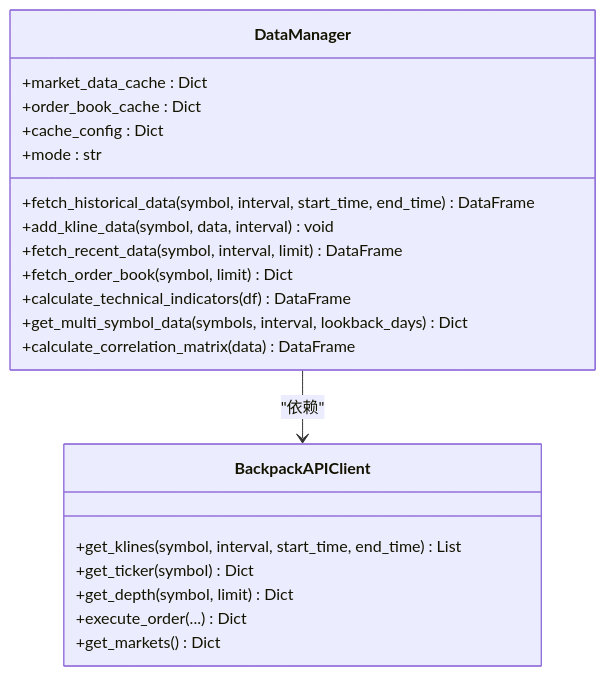
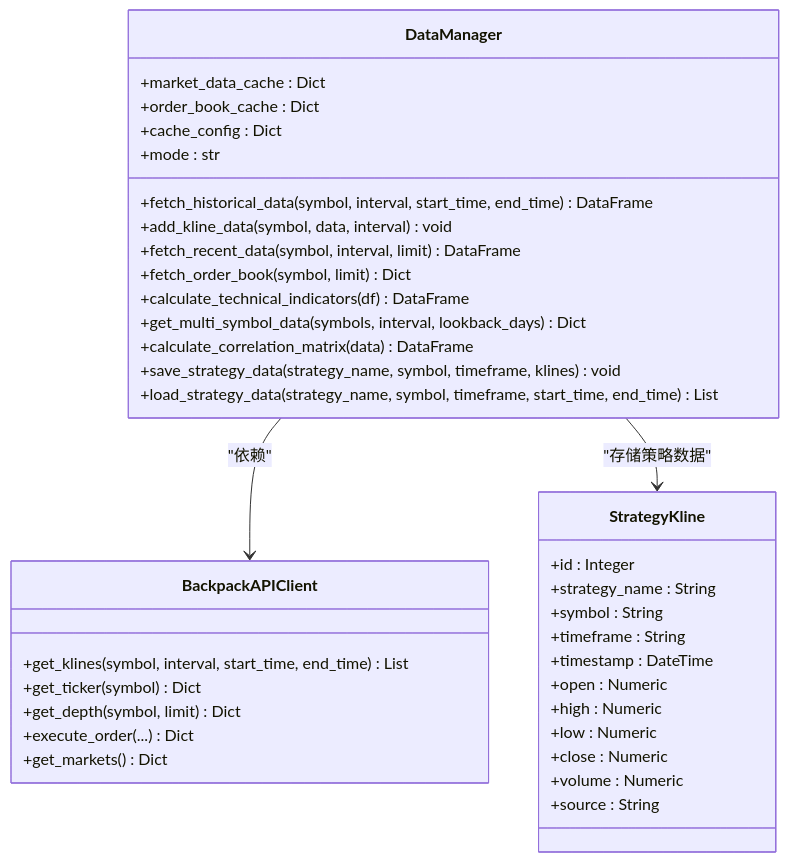
The third of 9 diagrams in .qoder/repowiki/zh/content/核心模块详解/数据管理模块/数据管理模块.md (zyf266/ending), drawn with Mermaid before and after one commit. The commit also changed other lines of this file and 60 other files, not shown here.

````diff
--- a/.qoder/repowiki/zh/content/核心模块详解/数据管理模块/数据管理模块.md
+++ b/.qoder/repowiki/zh/content/核心模块详解/数据管理模块/数据管理模块.md
@@ -166,24 +201,40 @@
 ```mermaid
 classDiagram
 class DataManager {
 +market_data_cache : Dict
 +order_book_cache : Dict
 +cache_config : Dict
 +mode : str
 +fetch_historical_data(symbol, interval, start_time, end_time) DataFrame
 +add_kline_data(symbol, data, interval) void
 +fetch_recent_data(symbol, interval, limit) DataFrame
 +fetch_order_book(symbol, limit) Dict
 +calculate_technical_indicators(df) DataFrame
 +get_multi_symbol_data(symbols, interval, lookback_days) Dict
 +calculate_correlation_matrix(data) DataFrame
++save_strategy_data(strategy_name, symbol, timeframe, klines) void
++load_strategy_data(strategy_name, symbol, timeframe, start_time, end_time) List
 }
 class BackpackAPIClient {
 +get_klines(symbol, interval, start_time, end_time) List
 +get_ticker(symbol) Dict
 +get_depth(symbol, limit) Dict
 +execute_order(...) Dict
 +get_markets() Dict
 }
+class StrategyKline {
++id : Integer
++strategy_name : String
++symbol : String
++timeframe : String
++timestamp : DateTime
++open : Numeric
++high : Numeric
++low : Numeric
++close : Numeric
++volume : Numeric
++source : String
+}
 DataManager --> BackpackAPIClient : "依赖"
+DataManager --> StrategyKline : "存储策略数据"
 ```
````
